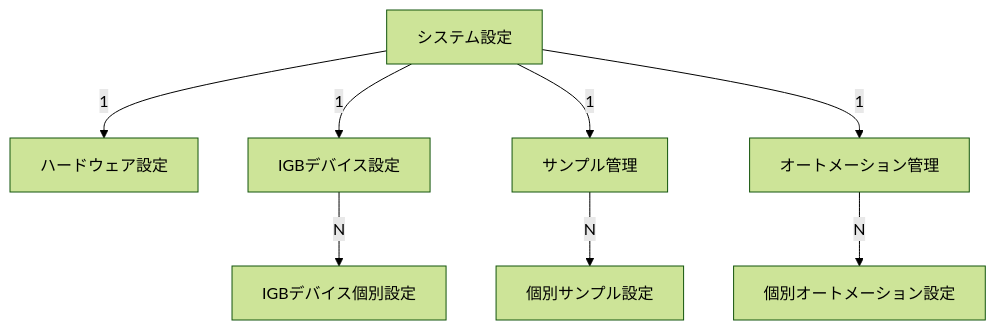
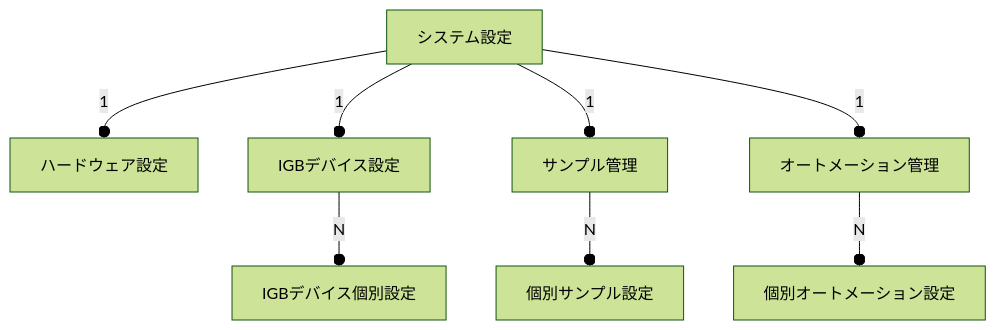
One commit to centrevillage/igb_spec changed the first of 3 diagrams in devices/igb01/IGB01_spec.md. Above: the diagram before and after it, drawn with Mermaid (forest theme). The commit also changed other lines of this file, not shown here.

````diff
--- a/devices/igb01/IGB01_spec.md
+++ b/devices/igb01/IGB01_spec.md
@@ -28,7 +28,7 @@
 ```mermaid
 flowchart TB
-  SystemConf -- "1" --> HardwareConf["ハードウェア設定"]
-  SystemConf["システム設定"] -- "1" --> IGBDeviceConf["IGBデバイス設定"] -- "N" --> IGBDeviceConfItem["IGBデバイス個別設定"]
-  SystemConf -- "1" --> SampleMng["サンプル管理"] -- "N" --> SampleItemConf["個別サンプル設定"]
-  SystemConf -- "1" --> AutomationMng["オートメーション管理"] -- "N" --> AutometionItemConff["個別オートメーション設定"]
+  SystemConf -- "1" --o HardwareConf["ハードウェア設定"]
+  SystemConf["システム設定"] -- "1" --o IGBDeviceConf["IGBデバイス設定"] -- "N" --o IGBDeviceConfItem["IGBデバイス個別設定"]
+  SystemConf -- "1" --o SampleMng["サンプル管理"] -- "N" --o SampleItemConf["個別サンプル設定"]
+  SystemConf -- "1" --o AutomationMng["オートメーション管理"] -- "N" --o AutometionItemConff["個別オートメーション設定"]
 ```
````
